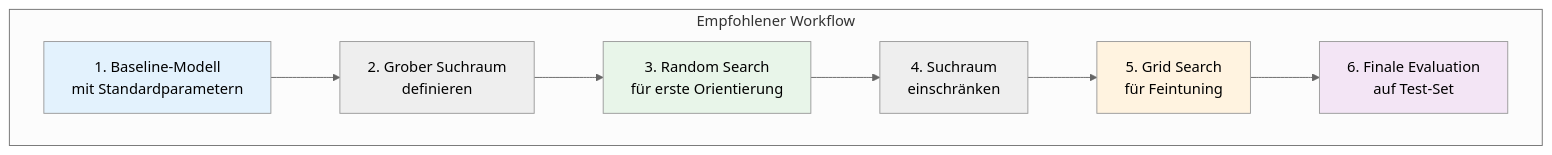
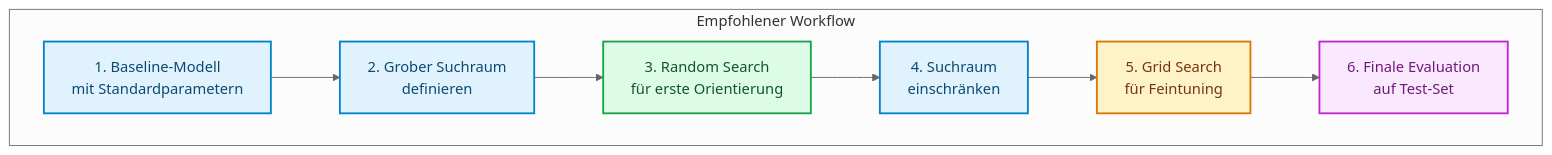
One commit to ralf-42/ML_Intro changed diagram 11 of 12 in docs/concepts/evaluate/hyperparameter_tuning.md. Above: the diagram before and after it, drawn with Mermaid (neutral theme). The commit also changed other lines of this file and 67 other files, not shown here.

````diff
--- a/docs/concepts/evaluate/hyperparameter_tuning.md
+++ b/docs/concepts/evaluate/hyperparameter_tuning.md
@@ -657,18 +673,21 @@
 ```mermaid
 flowchart TD
     subgraph workflow["Empfohlener Workflow"]
         S1["1. Baseline-Modell<br/>mit Standardparametern"]
         S2["2. Grober Suchraum<br/>definieren"]
         S3["3. Random Search<br/>für erste Orientierung"]
         S4["4. Suchraum<br/>einschränken"]
         S5["5. Grid Search<br/>für Feintuning"]
         S6["6. Finale Evaluation<br/>auf Test-Set"]
         
         S1 --> S2 --> S3 --> S4 --> S5 --> S6
     end
-    
-    style S1 fill:#e3f2fd
-    style S3 fill:#e8f5e9
-    style S5 fill:#fff3e0
-    style S6 fill:#f3e5f5
+
+    classDef default fill:#e0f2fe,stroke:#0284c7,stroke-width:2px,color:#0c4a6e;
+    classDef metric fill:#fef3c7,stroke:#d97706,stroke-width:2px,color:#78350f;
+    classDef output fill:#dcfce7,stroke:#16a34a,stroke-width:2px,color:#14532d;
+    classDef target fill:#fae8ff,stroke:#c026d3,stroke-width:2px,color:#701a75;
+    class S5 metric;
+    class S3 output;
+    class S6 target;
 ```
````
